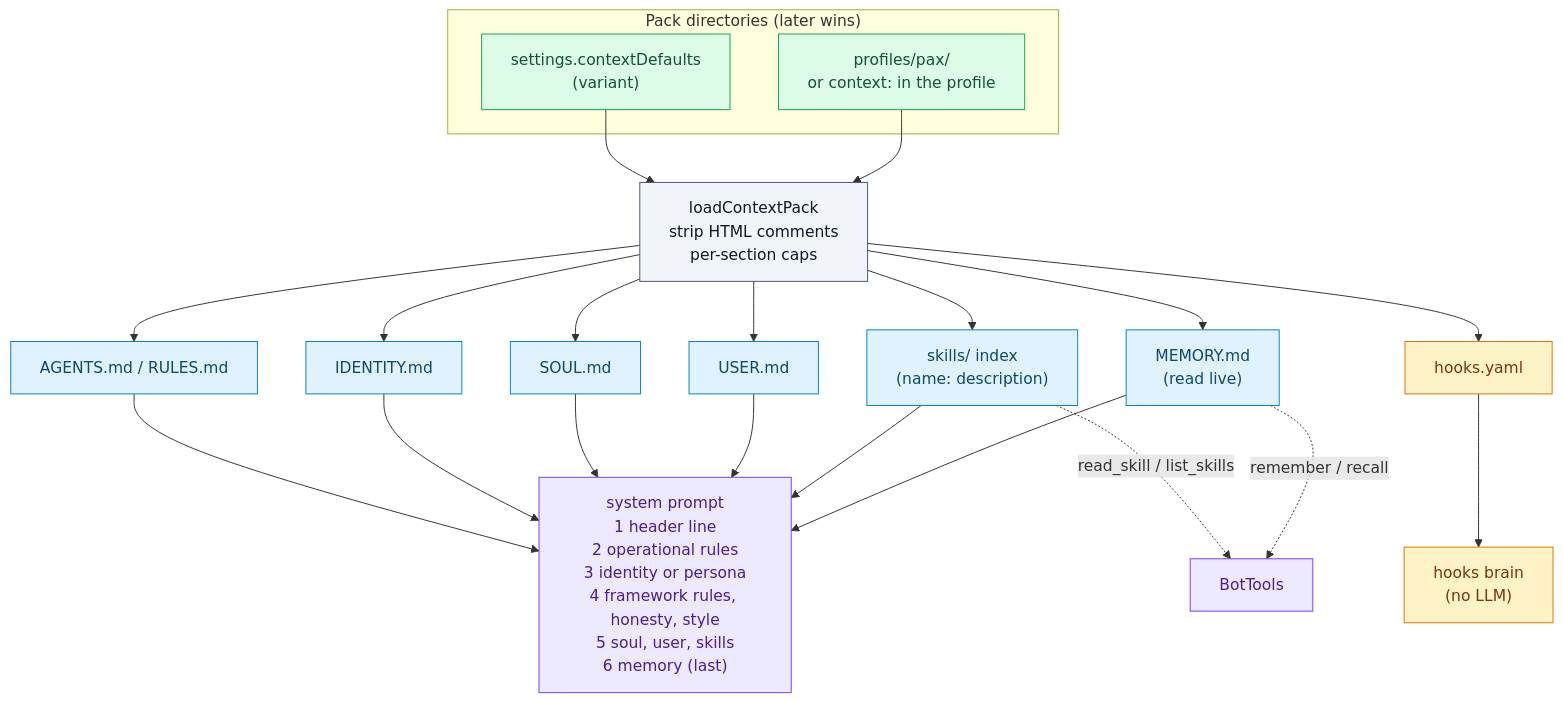
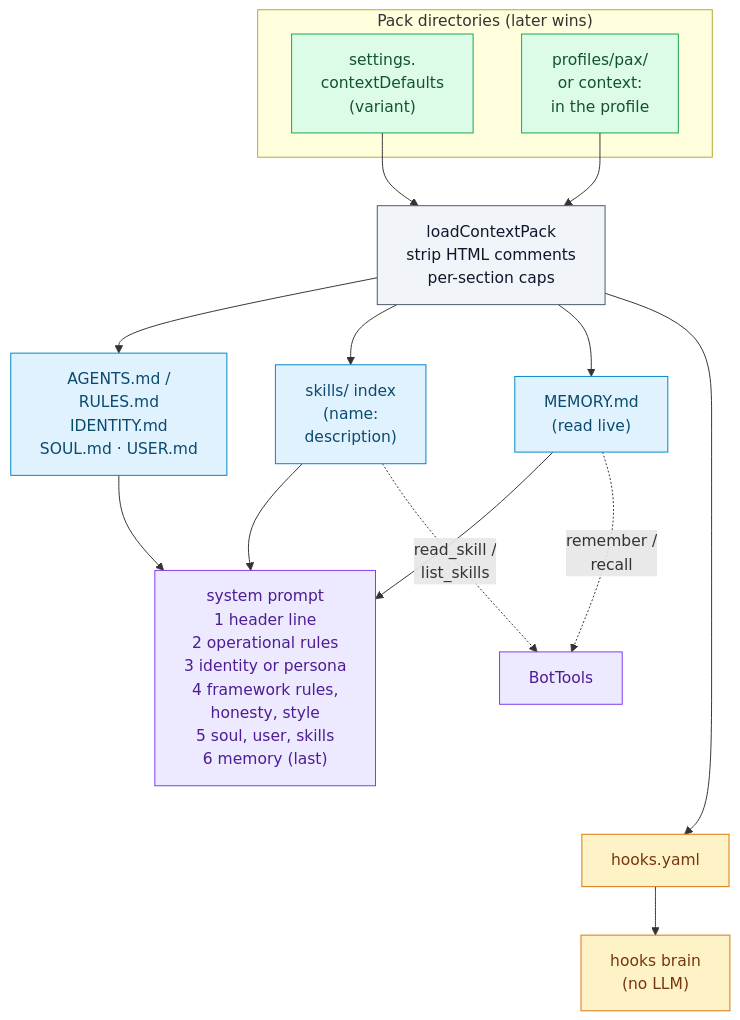
One commit to thereisnotime/golemkit changed the first of 2 diagrams in docs/guide/context-pack.md. Above: the diagram before and after it, drawn with Mermaid. The commit also changed other lines of this file and 20 other files, not shown here.

First line of the commit message:
Docs: replace the last ASCII diagrams with mermaid, make wide charts top-down to fit the column

````diff
--- a/docs/guide/context-pack.md
+++ b/docs/guide/context-pack.md
@@ -46,35 +46,28 @@
 ```mermaid
 flowchart TB
   subgraph dirs["Pack directories (later wins)"]
-    V["settings.contextDefaults<br/>(variant)"]
-    P["profiles/pax/<br/>or context: in the profile"]
+    V["settings.<br/>contextDefaults<br/>(variant)"]
+    P["profiles/pax/<br/>or context:<br/>in the profile"]
   end
   V --> L["loadContextPack<br/>strip HTML comments<br/>per-section caps"]
   P --> L
-  L --> R["AGENTS.md / RULES.md"]
-  L --> I["IDENTITY.md"]
-  L --> S["SOUL.md"]
-  L --> U["USER.md"]
-  L --> K["skills/ index<br/>(name: description)"]
+  L --> F["AGENTS.md /<br/>RULES.md<br/>IDENTITY.md<br/>SOUL.md · USER.md"]
+  L --> K["skills/ index<br/>(name:<br/>description)"]
   L --> M["MEMORY.md<br/>(read live)"]
   L --> H["hooks.yaml"]
-  R --> SP
-  I --> SP
-  S --> SP
-  U --> SP
-  K --> SP
-  M --> SP
-  SP["system prompt<br/>1 header line<br/>2 operational rules<br/>3 identity or persona<br/>4 framework rules, honesty, style<br/>5 soul, user, skills<br/>6 memory (last)"]
-  K -. "read_skill / list_skills" .-> T["BotTools"]
-  M -. "remember / recall" .-> T
+  F & K & M --> SP
+  SP["system prompt<br/>1 header line<br/>2 operational rules<br/>3 identity or persona<br/>4 framework rules,<br/>honesty, style<br/>5 soul, user, skills<br/>6 memory (last)"]
+  K -. "read_skill /<br/>list_skills" .-> T["BotTools"]
+  M -. "remember /<br/>recall" .-> T
+  T ~~~ H
   H --> HB["hooks brain<br/>(no LLM)"]
   classDef dir fill:#dcfce7,stroke:#16a34a,color:#14532d
   classDef file fill:#e0f2fe,stroke:#0284c7,color:#0c4a6e
   classDef out fill:#ede9fe,stroke:#7c3aed,color:#4c1d95
   classDef hook fill:#fef3c7,stroke:#d97706,color:#78350f
   class V,P dir
-  class R,I,S,U,K,M file
+  class F,K,M file
   class SP,T out
   class H,HB hook
   style L fill:#f1f5f9,stroke:#475569,color:#0f172a
 ```
````
